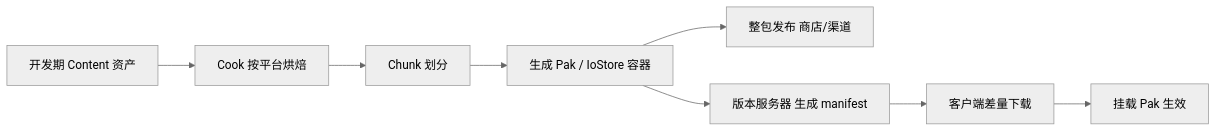
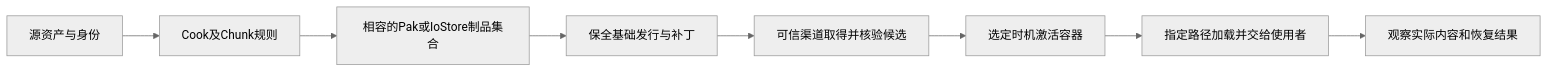
Before and after one commit to fantuan812/learning: the second of 2 diagrams in 知识/08-工程实践与质量/持续交付与发布治理/04-资源管理与热更新.md, drawn with Mermaid (neutral theme). The commit also changed other lines of this file and 2 other files, not shown here.

````diff
--- a/知识/08-工程实践与质量/持续交付与发布治理/04-资源管理与热更新.md
+++ b/知识/08-工程实践与质量/持续交付与发布治理/04-资源管理与热更新.md
@@ -359,10 +419,10 @@
 ```mermaid
 flowchart LR
-    A[开发期 Content 资产] --> B[Cook 按平台烘焙]
-    B --> C[Chunk 划分]
-    C --> D[生成 Pak / IoStore 容器]
-    D --> E1[整包发布 商店/渠道]
-    D --> E2[版本服务器 生成 manifest]
-    E2 --> F[客户端差量下载]
-    F --> G[挂载 Pak 生效]
+    A[源资产与身份] --> B[Cook及Chunk规则]
+    B --> C[相容的Pak或IoStore制品集合]
+    C --> D[保全基础发行与补丁]
+    D --> E[可信渠道取得并核验候选]
+    E --> F[选定时机激活容器]
+    F --> G[指定路径加载并交给使用者]
+    G --> H[观察实际内容和恢复结果]
 ```
````
